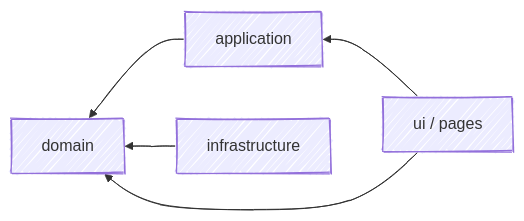
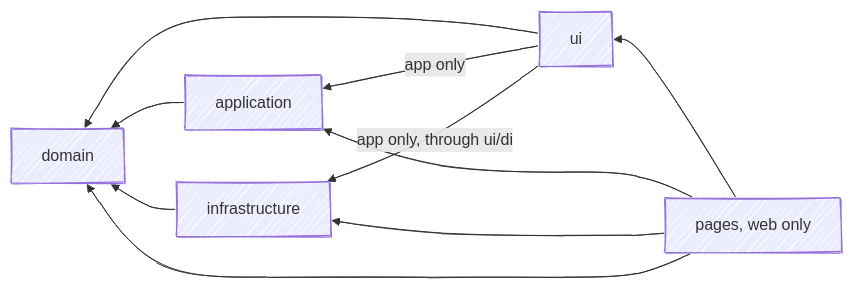
Before and after one commit to fbuireu/contribKit: the diagram in docs/wiki/Architecture.md, drawn with Mermaid. The commit also changed other lines of this file and 8 other files, not shown here.

Commit message:
docs: say only Android is released, and bring the READMEs and wiki pages that drifted back to the code

````diff
--- a/docs/wiki/Architecture.md
+++ b/docs/wiki/Architecture.md
@@ -5,12 +5,17 @@
 ```mermaid
 ---
 config:
   look: handDrawn
   layout: dagre
 ---
 flowchart RL
     application --> domain
     infrastructure --> domain
-    ui["ui / pages"] --> application
     ui --> domain
+    ui -->|"app only"| application
+    ui -->|"app only, through ui/di"| infrastructure
+    pages["pages, web only"] --> ui
+    pages --> application
+    pages --> infrastructure
+    pages --> domain
 ```
````
